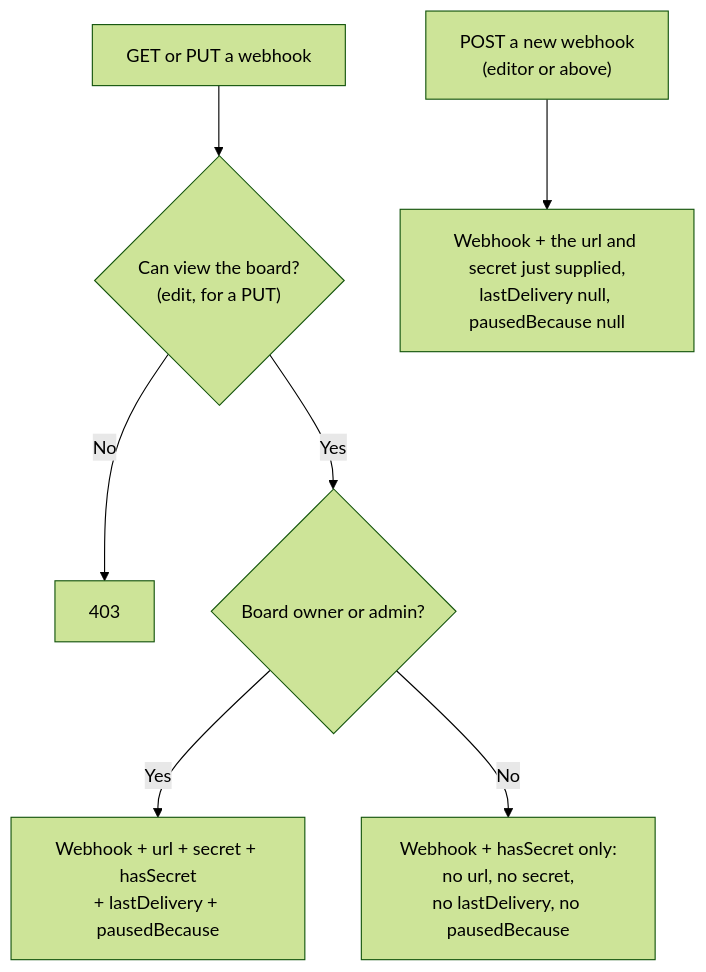
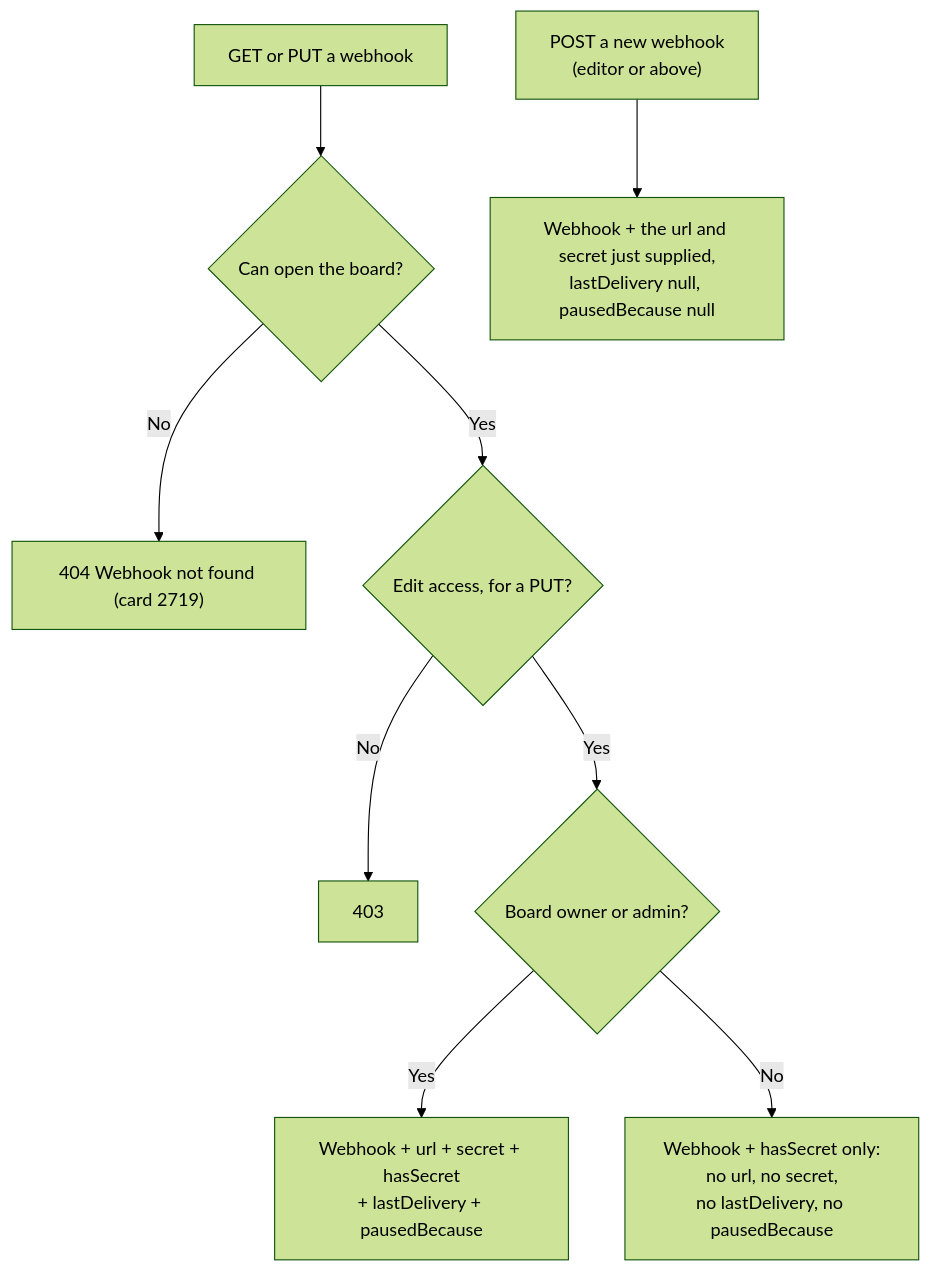
Diagram 32 of 42 in docs/notifications-email.md (gitBoon/DumpFire), drawn with Mermaid (forest theme) before and after one commit. The commit also changed other lines of this file and 78 other files, not shown here.

````diff
--- a/docs/notifications-email.md
+++ b/docs/notifications-email.md
@@ -2302,9 +2304,11 @@
 ```mermaid
 flowchart TD
-    Read["GET or PUT a webhook"] --> View{"Can view the board?<br/>(edit, for a PUT)"}
+    Read["GET or PUT a webhook"] --> Open{"Can open the board?"}
+    Open -->|"No"| N404["404 Webhook not found (card 2719)"]
+    Open -->|"Yes"| View{"Edit access, for a PUT?"}
     View -->|"No"| R403["403"]
     View -->|"Yes"| Role{"Board owner or admin?"}
     Role -->|"Yes"| WithSecret["Webhook + url + secret + hasSecret<br/>+ lastDelivery + pausedBecause"]
     Role -->|"No"| NoSecret["Webhook + hasSecret only:<br/>no url, no secret,<br/>no lastDelivery, no pausedBecause"]
     Create["POST a new webhook\n(editor or above)"] --> Once["Webhook + the url and secret just supplied,<br/>lastDelivery null, pausedBecause null"]
 ```
````
